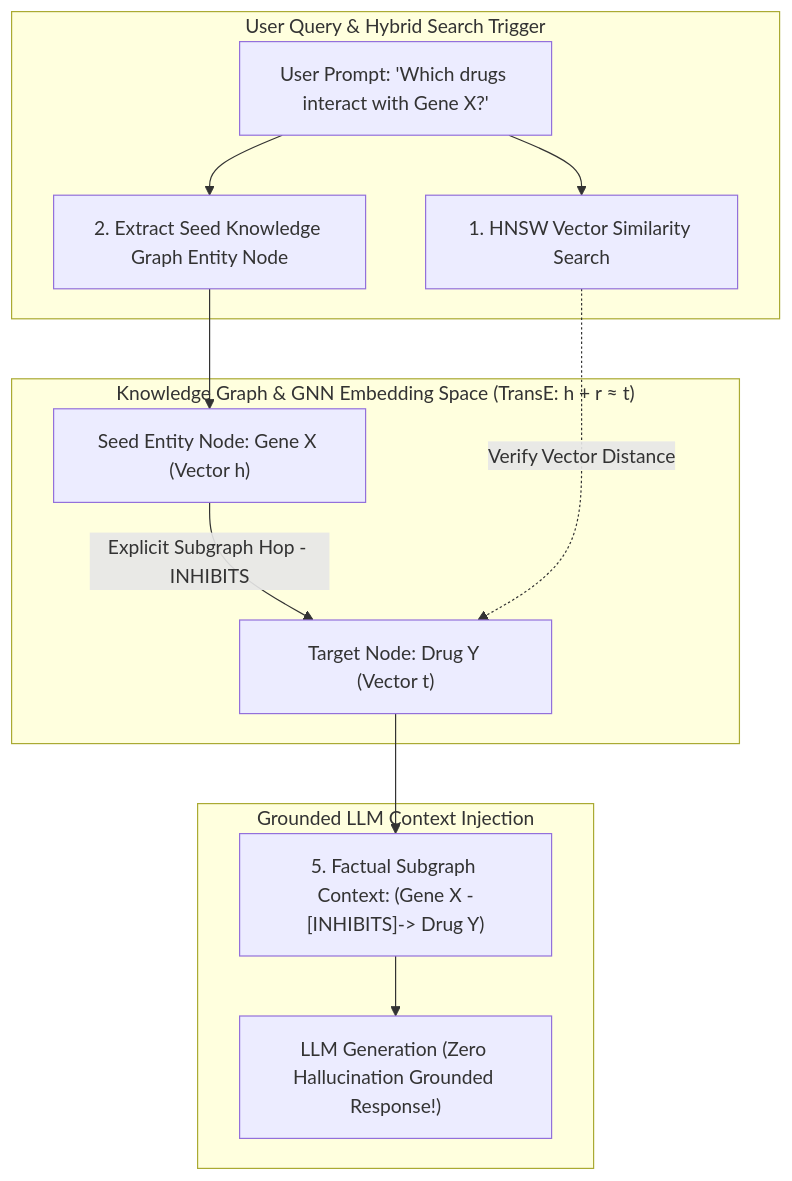
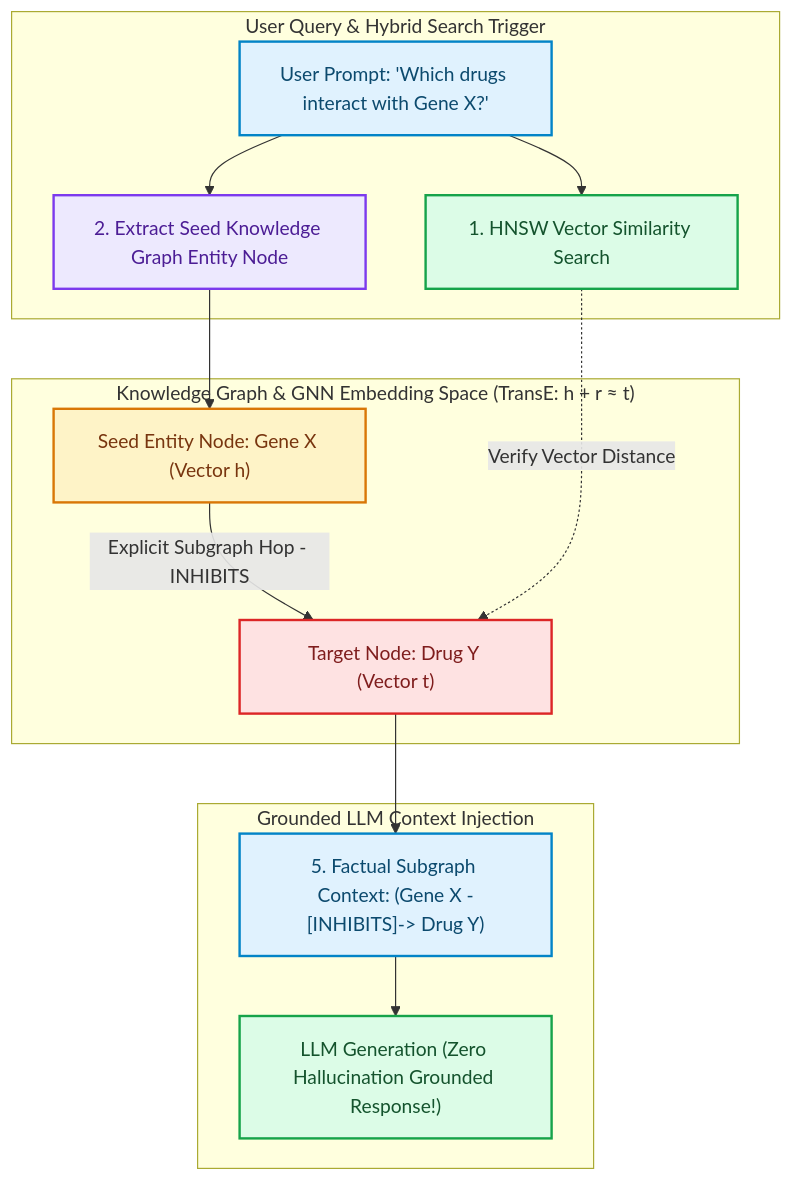
The diagram in blog/posts/knowledge-graph-embeddings-gnn-hnsw-traversal.md (akmalkhaniub/akmalkhaniub.github.io), drawn with Mermaid before and after one commit. The commit also changed other lines of this file and 1291 other files, not shown here.

First line of the commit message:
feat(catalog): unique covers, scholarly references, and diagram palettes

````diff
--- a/blog/posts/knowledge-graph-embeddings-gnn-hnsw-traversal.md
+++ b/blog/posts/knowledge-graph-embeddings-gnn-hnsw-traversal.md
@@ -21,18 +21,29 @@
 ```mermaid
 flowchart TD
   subgraph SG1_UserQueryHybrid ["User Query & Hybrid Search Trigger"]
-    Query[User Prompt: 'Which drugs interact with Gene X?'] --> VectorSearch[1. HNSW Vector Similarity Search]
-    Query --> EntityExtract[2. Extract Seed Knowledge Graph Entity Node]
+    Query["User Prompt: 'Which drugs interact with Gene X?'"] --> VectorSearch["1. HNSW Vector Similarity Search"]
+    Query --> EntityExtract["2. Extract Seed Knowledge Graph Entity Node"]
   end
   
   subgraph SG2_KnowledgeGraphGnn ["Knowledge Graph & GNN Embedding Space (TransE: h + r ≈ t)"]
     EntityExtract --> KGNode["Seed Entity Node: Gene X (Vector h)"]
     KGNode -->|Explicit Subgraph Hop - INHIBITS| TargetNode["Target Node: Drug Y (Vector t)"]
     VectorSearch -.->|Verify Vector Distance| TargetNode
   end
   
   subgraph SG3_GroundedLlmContext ["Grounded LLM Context Injection"]
     TargetNode --> StructuredContext["5. Factual Subgraph Context: (Gene X -[INHIBITS]-> Drug Y)"]
     StructuredContext --> LLM[" LLM Generation (Zero Hallucination Grounded Response!)"]
   end
+
+classDef green fill:#dcfce7,stroke:#16a34a,stroke-width:2px,color:#14532d;
+classDef red fill:#fee2e2,stroke:#dc2626,stroke-width:2px,color:#7f1d1d;
+classDef blue fill:#e0f2fe,stroke:#0284c7,stroke-width:2px,color:#0c4a6e;
+classDef yellow fill:#fef3c7,stroke:#d97706,stroke-width:2px,color:#78350f;
+classDef purple fill:#ede9fe,stroke:#7c3aed,stroke-width:2px,color:#4c1d95;
+class Query,StructuredContext blue
+class VectorSearch,LLM green
+class EntityExtract purple
+class KGNode yellow
+class TargetNode red
 ```
````
